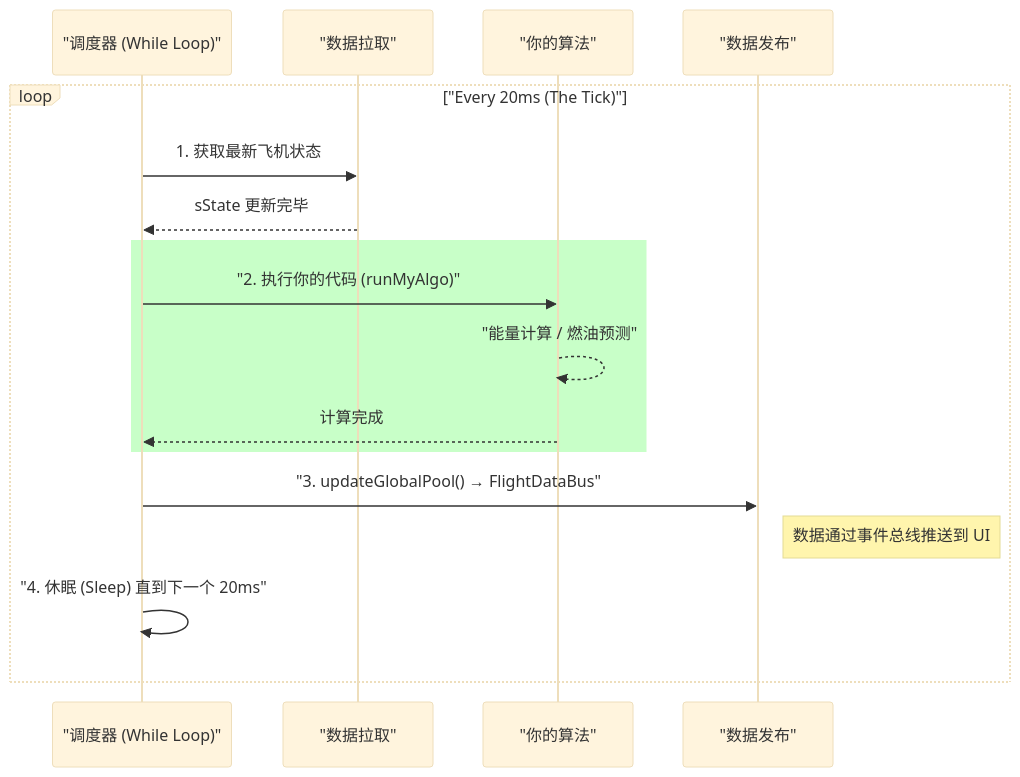
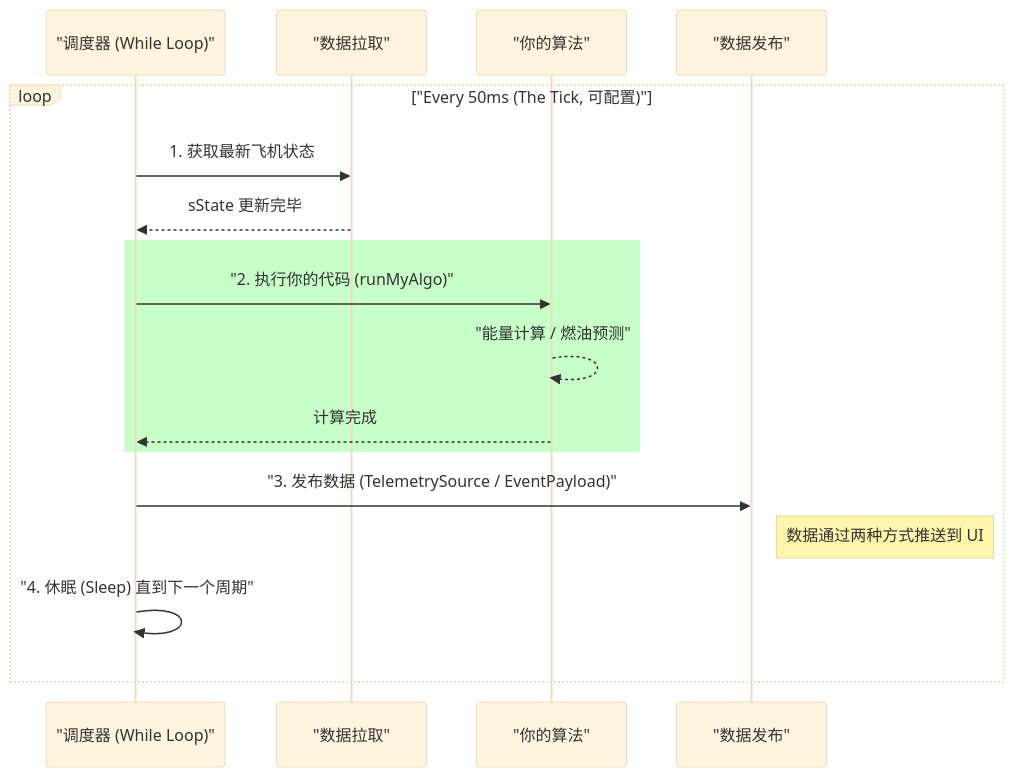
One commit to matrixsukhoi/voidmei changed the second of 2 diagrams in doc/物理人也能看懂的voidmei算法开发指导.md. Above: the diagram before and after it, drawn with Mermaid (base theme). The commit also changed other lines of this file and 5 other files, not shown here.

````diff
--- a/doc/物理人也能看懂的voidmei算法开发指导.md
+++ b/doc/物理人也能看懂的voidmei算法开发指导.md
@@ -50,24 +51,24 @@
 ```mermaid
 sequenceDiagram
     participant Scheduler as "调度器 (While Loop)"
     participant Fetch as "数据拉取"
     participant Algo as "你的算法"
     participant Output as "数据发布"
 
-    loop "Every 20ms (The Tick)"
+    loop "Every 50ms (The Tick, 可配置)"
         Scheduler->>Fetch: 1. 获取最新飞机状态
         Fetch-->>Scheduler: sState 更新完毕
-        
+
         rect rgb(200, 255, 200)
             Scheduler->>Algo: "2. 执行你的代码 (runMyAlgo)"
             Algo-->>Algo: "能量计算 / 燃油预测"
             Algo-->>Scheduler: 计算完成
         end
 
-        
-        Scheduler->>Output: "3. updateGlobalPool() → FlightDataBus"
-        Note right of Output: 数据通过事件总线推送到 UI
-        
-        Scheduler->>Scheduler: "4. 休眠 (Sleep) 直到下一个 20ms"
+
+        Scheduler->>Output: "3. 发布数据 (TelemetrySource / EventPayload)"
+        Note right of Output: 数据通过两种方式推送到 UI
+
+        Scheduler->>Scheduler: "4. 休眠 (Sleep) 直到下一个周期"
     end
 ```
````
